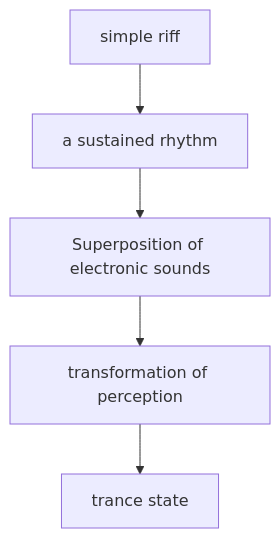
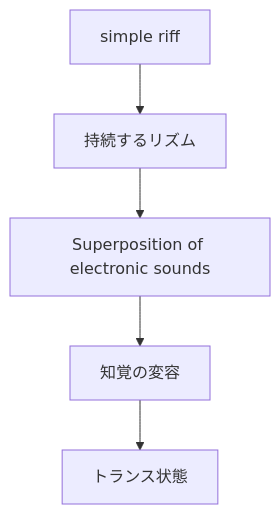
The second of 6 diagrams in en/_posts/2026-04-18-column-hawkwind.md (monumental-movement/monumental-movement.github.io), drawn with Mermaid before and after one commit. The commit also changed other lines of this file and 2196 other files, not shown here.

```diff
--- a/en/_posts/2026-04-18-column-hawkwind.md
+++ b/en/_posts/2026-04-18-column-hawkwind.md
@@ -94,7 +94,7 @@
 <div class="mermaid">
 graph TD
-A[simple riff] --> B[a sustained rhythm]
+A[simple riff] --> B[持続するリズム]
 B --> C[Superposition of electronic sounds]
-C --> D[transformation of perception]
-D --> E[trance state]
+C --> D[知覚の変容]
+D --> E[トランス状態]
 </div>
```
